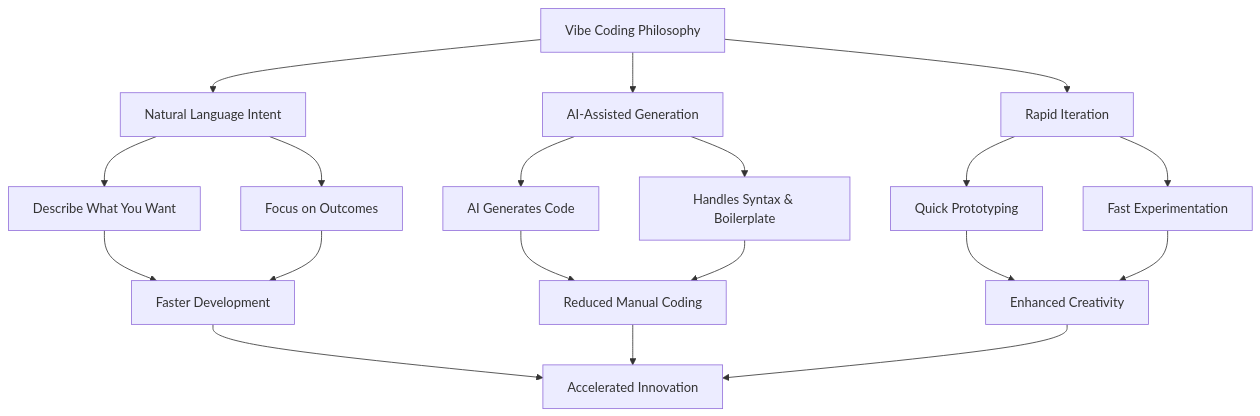
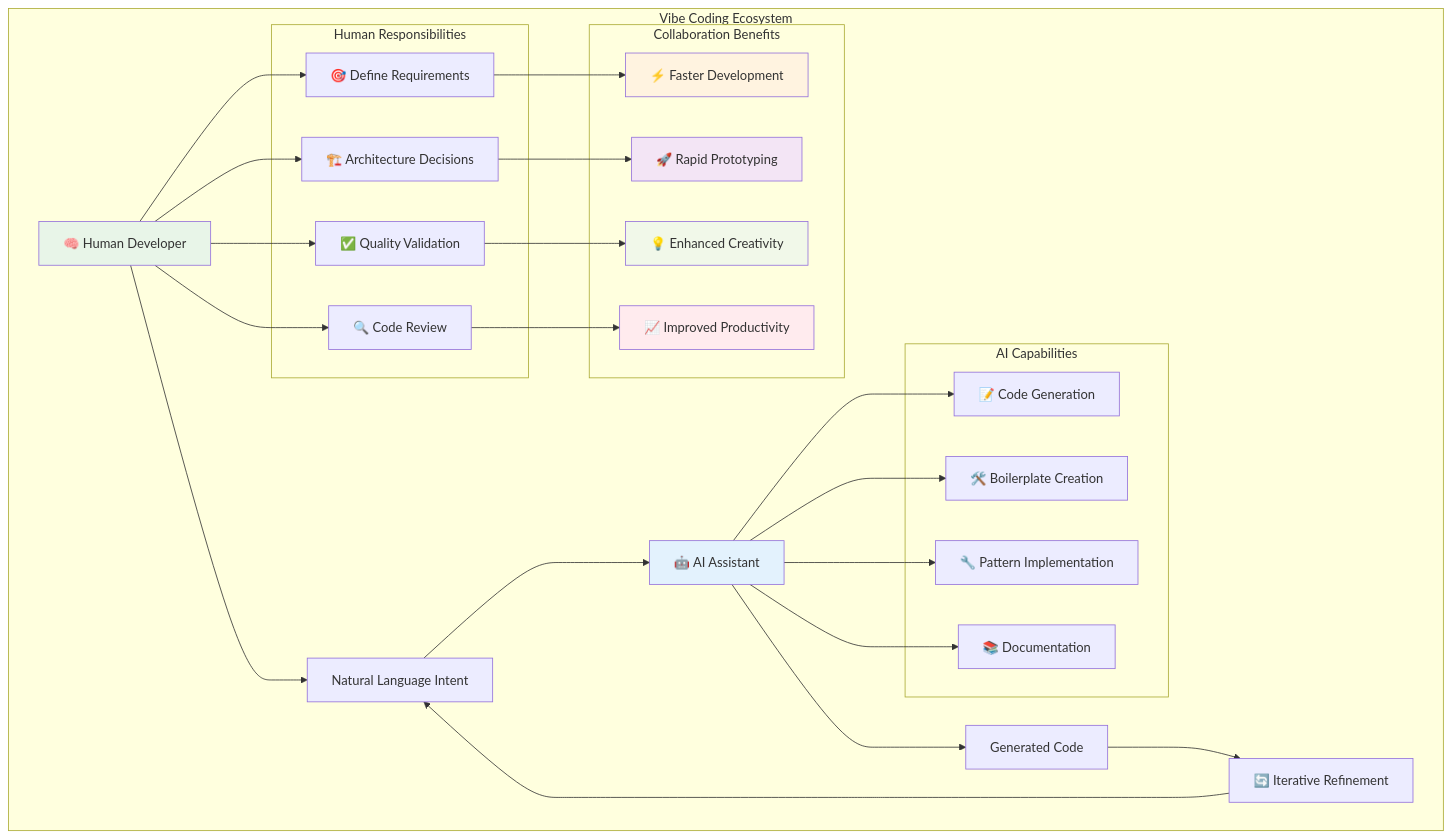
Before and after one commit to hunkim/VibeSoftwareEngineering: the second of 4 diagrams in chapters/chapter-01.md, drawn with Mermaid. The commit also changed other lines of this file and 17 other files, not shown here.

First line of the commit message:
docs(chapters): update chapter-01.md to reflect vibe coding principles and philosophy

````diff
--- a/chapters/chapter-01.md
+++ b/chapters/chapter-01.md
@@ -27,26 +61,53 @@
 ```mermaid
 graph TD
-    A["Vibe Coding Philosophy"] --> B["Natural Language Intent"]
-    A --> C["AI-Assisted Generation"]
-    A --> D["Rapid Iteration"]
+    subgraph "Vibe Coding Ecosystem"
+        A["🧠 Human Developer"] --> B["Natural Language Intent"]
+        B --> C["🤖 AI Assistant"]
+        C --> D["Generated Code"]
+        D --> E["🔄 Iterative Refinement"]
+        E --> B
+        
+        subgraph "Human Responsibilities"
+            F["🎯 Define Requirements"]
+            G["🏗️ Architecture Decisions"]
+            H["✅ Quality Validation"]
+            I["🔍 Code Review"]
+        end
+        
+        subgraph "AI Capabilities"
+            J["📝 Code Generation"]
+            K["🛠️ Boilerplate Creation"]
+            L["🔧 Pattern Implementation"]
+            M["📚 Documentation"]
+        end
+        
+        subgraph "Collaboration Benefits"
+            N["⚡ Faster Development"]
+            O["🚀 Rapid Prototyping"]
+            P["💡 Enhanced Creativity"]
+            Q["📈 Improved Productivity"]
+        end
+    end
     
-    B --> E["Describe What You Want"]
-    B --> F["Focus on Outcomes"]
+    A --> F
+    A --> G
+    A --> H
+    A --> I
     
-    C --> G["AI Generates Code"]
-    C --> H["Handles Syntax & Boilerplate"]
+    C --> J
+    C --> K
+    C --> L
+    C --> M
     
-    D --> I["Quick Prototyping"]
-    D --> J["Fast Experimentation"]
+    F --> N
+    G --> O
+    H --> P
+    I --> Q
     
-    E --> K["Faster Development"]
-    F --> K
-    G --> L["Reduced Manual Coding"]
-    H --> L
-    I --> M["Enhanced Creativity"]
-    J --> M
-    
-    K --> N["Accelerated Innovation"]
-    L --> N
-    M --> N
+    style A fill:#e8f5e8
+    style C fill:#e3f2fd
+    style N fill:#fff3e0
+    style O fill:#f3e5f5
+    style P fill:#f1f8e9
+    style Q fill:#ffebee
 ```
````
